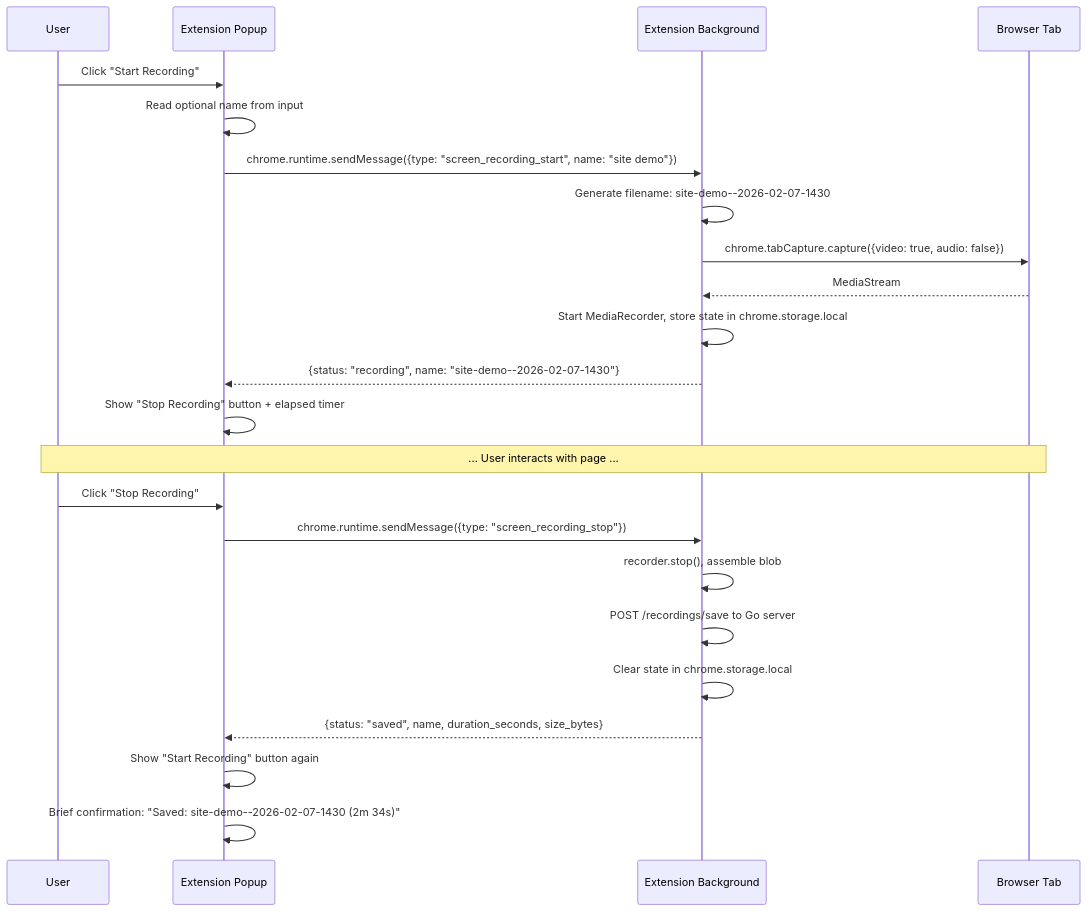
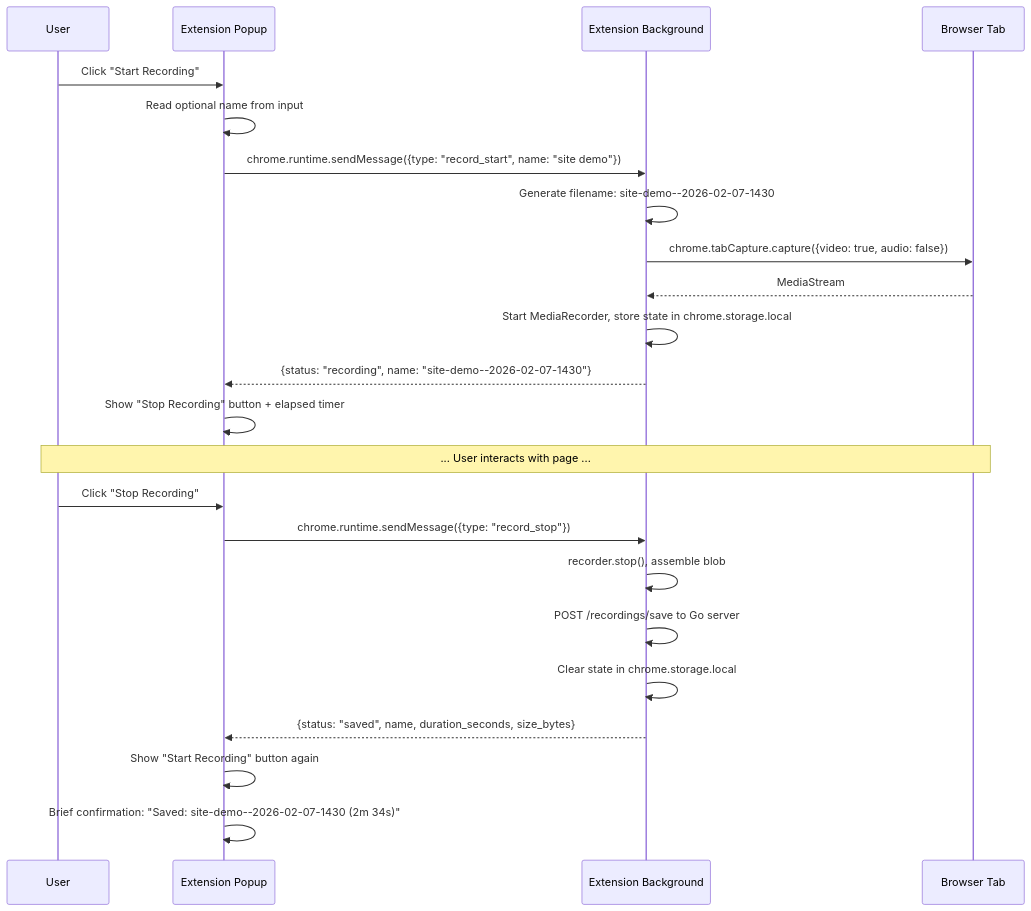
The second of 10 diagrams in docs/features/feature/tab-recording/tech-spec.md (brennhill/gasoline-mcp-ai-devtools), drawn with Mermaid before and after one commit. The commit also changed other lines of this file and 3387 other files, not shown here.

````diff
--- a/docs/features/feature/tab-recording/tech-spec.md
+++ b/docs/features/feature/tab-recording/tech-spec.md
@@ -68,32 +66,32 @@
 ```mermaid
 sequenceDiagram
     participant User as User
     participant Popup as Extension Popup
     participant BG as Extension Background
     participant Tab as Browser Tab
 
     User->>Popup: Click "Start Recording"
     Popup->>Popup: Read optional name from input
-    Popup->>BG: chrome.runtime.sendMessage({type: "screen_recording_start", name: "site demo"})
+    Popup->>BG: chrome.runtime.sendMessage({type: "record_start", name: "site demo"})
 
     BG->>BG: Generate filename: site-demo--2026-02-07-1430
     BG->>Tab: chrome.tabCapture.capture({video: true, audio: false})
     Tab-->>BG: MediaStream
     BG->>BG: Start MediaRecorder, store state in chrome.storage.local
     BG-->>Popup: {status: "recording", name: "site-demo--2026-02-07-1430"}
 
     Popup->>Popup: Show "Stop Recording" button + elapsed timer
 
     Note over User,Tab: ... User interacts with page ...
 
     User->>Popup: Click "Stop Recording"
-    Popup->>BG: chrome.runtime.sendMessage({type: "screen_recording_stop"})
+    Popup->>BG: chrome.runtime.sendMessage({type: "record_stop"})
 
     BG->>BG: recorder.stop(), assemble blob
     BG->>BG: POST /recordings/save to Go server
     BG->>BG: Clear state in chrome.storage.local
     BG-->>Popup: {status: "saved", name, duration_seconds, size_bytes}
 
     Popup->>Popup: Show "Start Recording" button again
     Popup->>Popup: Brief confirmation: "Saved: site-demo--2026-02-07-1430 (2m 34s)"
 ```
````
